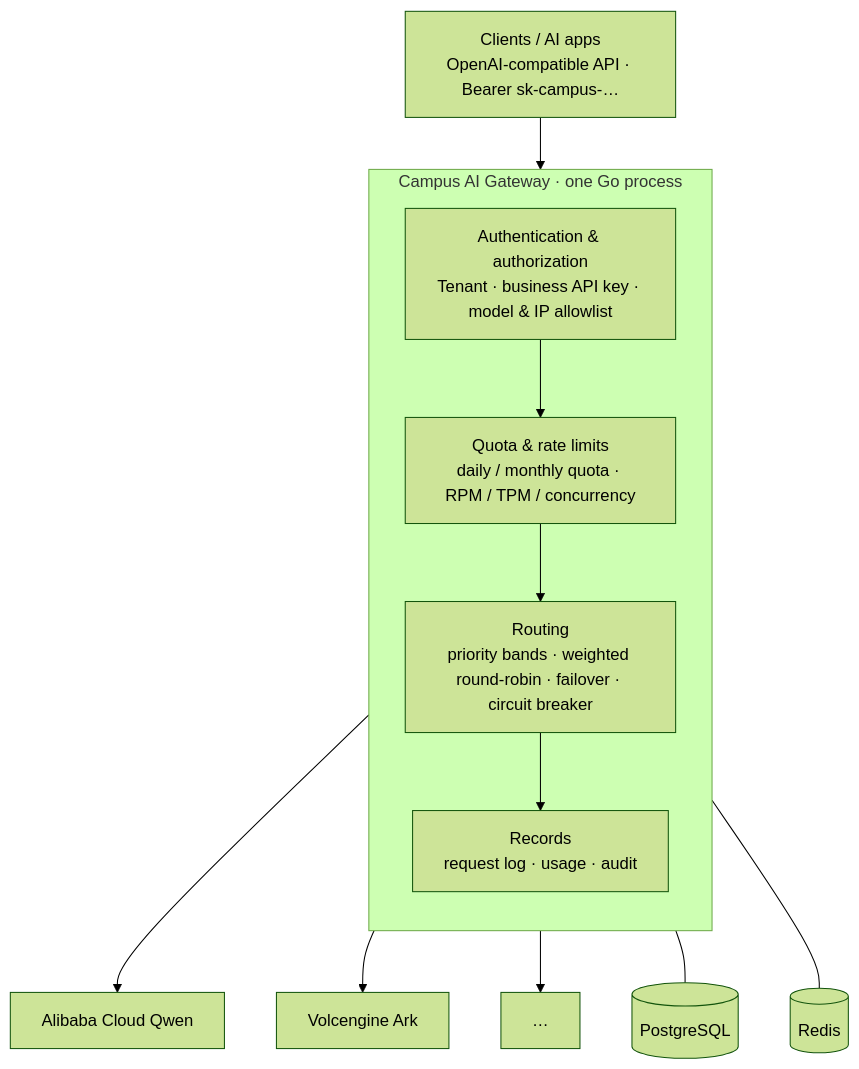
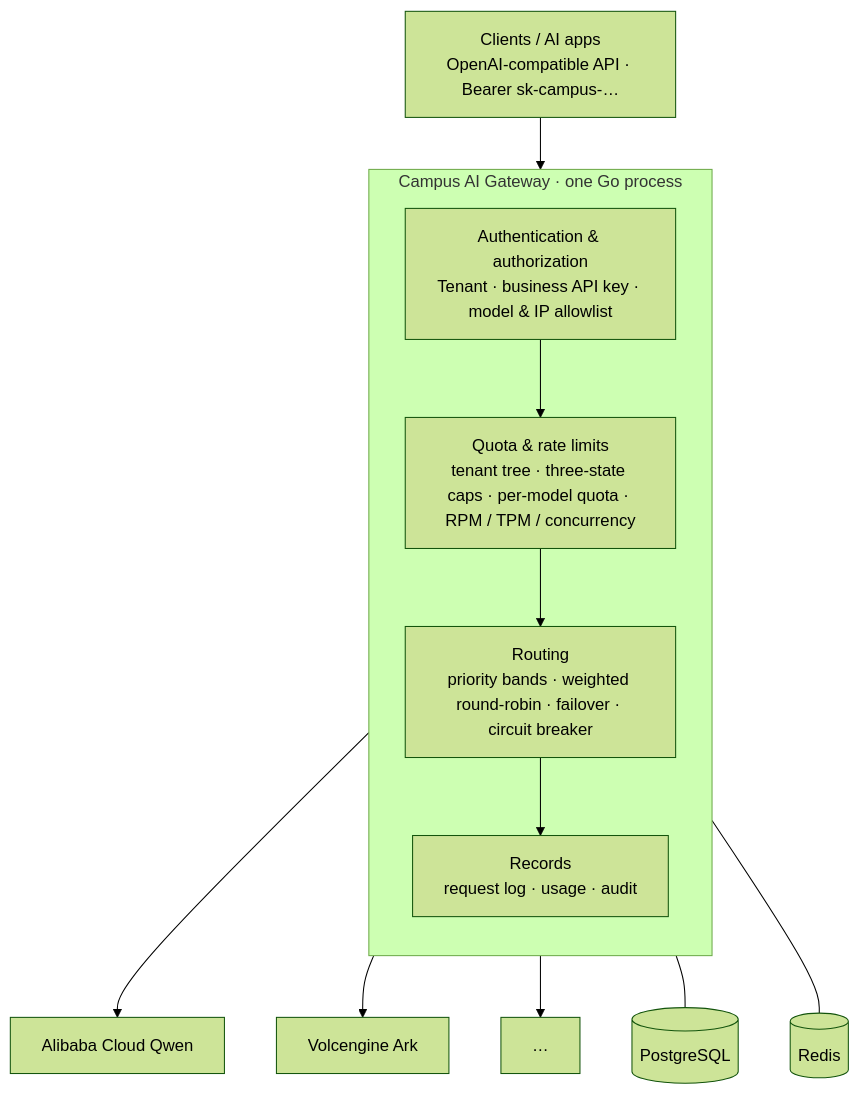
One commit to Jiusheng01/campus-ai-gateway changed the diagram in README.md. Above: the diagram before and after it, drawn with Mermaid (forest theme). The commit also changed other lines of this file and 5 other files, not shown here.

First line of the commit message:
docs: describe the tenant tree, three-state limits and scoped admins

````diff
--- a/README.md
+++ b/README.md
@@ -78,20 +78,20 @@
 ```mermaid
 flowchart TB
     Client["Clients / AI apps<br/>OpenAI-compatible API · Bearer sk-campus-…"] --> GW
 
     subgraph GW["Campus AI Gateway · one Go process"]
         direction TB
         Auth["Authentication & authorization<br/>Tenant · business API key · model &amp; IP allowlist"]
-        Limit["Quota &amp; rate limits<br/>daily / monthly quota · RPM / TPM / concurrency"]
+        Limit["Quota &amp; rate limits<br/>tenant tree · three-state caps · per-model quota · RPM / TPM / concurrency"]
         Route["Routing<br/>priority bands · weighted round-robin · failover · circuit breaker"]
         Record["Records<br/>request log · usage · audit"]
         Auth --> Limit --> Route --> Record
     end
 
     Route --> Qwen["Alibaba Cloud Qwen"]
     Route --> Ark["Volcengine Ark"]
     Route --> More["…"]
 
     GW --- PG[("PostgreSQL")]
     GW --- Redis[("Redis")]
 ```
````
